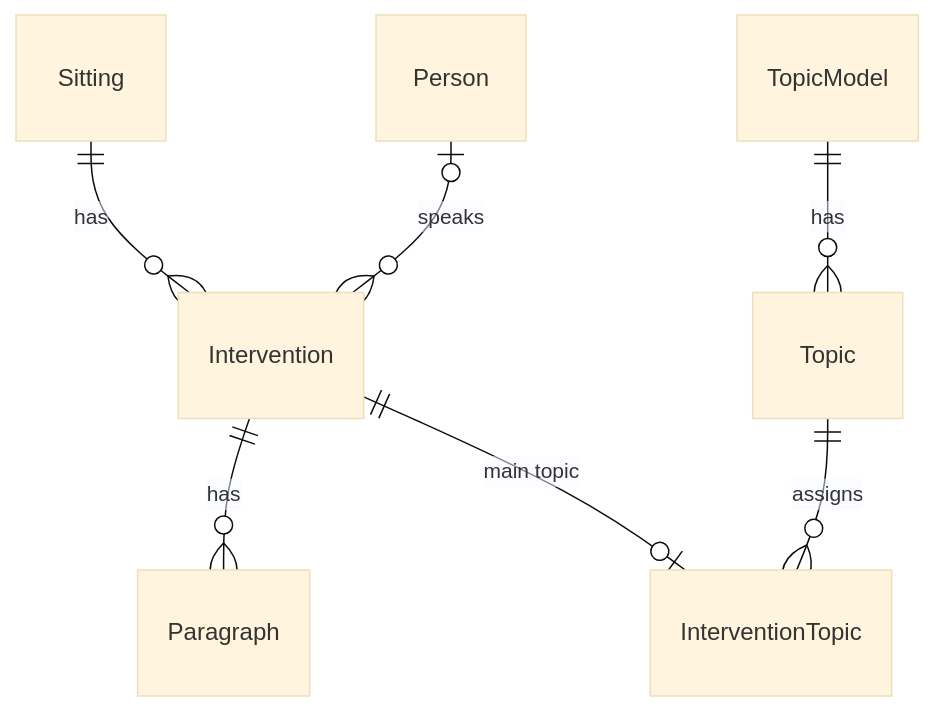
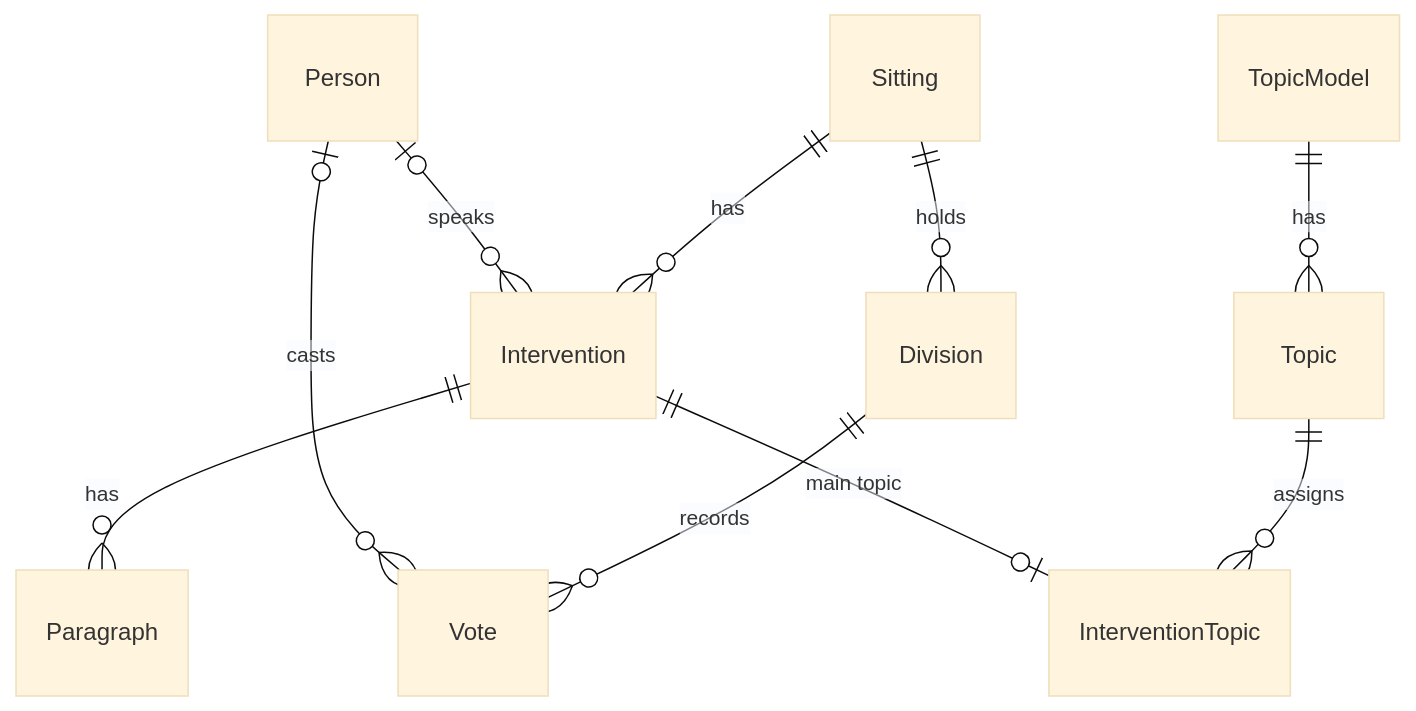
The second of 2 diagrams in docs/ARCHITECTURE.md (omarfaruqe/hansardlens), drawn with Mermaid (base theme) before and after one commit. The commit also changed other lines of this file and 10 other files, not shown here.

````diff
--- a/docs/ARCHITECTURE.md
+++ b/docs/ARCHITECTURE.md
@@ -36,9 +37,12 @@
 ```mermaid
 erDiagram
     Sitting ||--o{ Intervention : has
     Person |o--o{ Intervention : speaks
     Intervention ||--o{ Paragraph : has
     TopicModel ||--o{ Topic : has
     Topic ||--o{ InterventionTopic : assigns
     Intervention ||--o| InterventionTopic : "main topic"
+    Sitting ||--o{ Division : holds
+    Division ||--o{ Vote : records
+    Person |o--o{ Vote : casts
 ```
````
